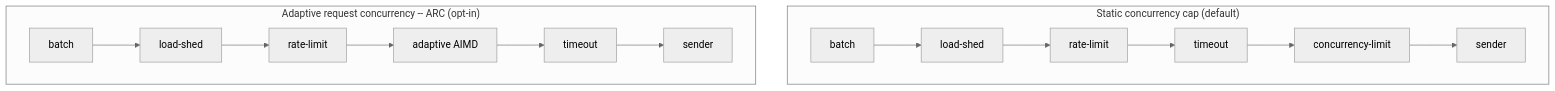
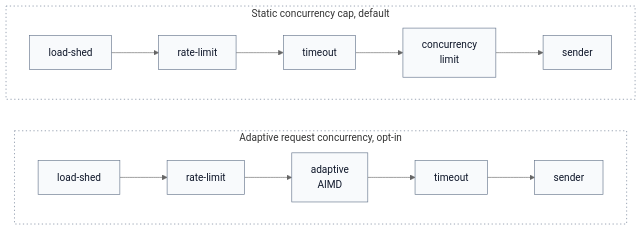
One commit to hyperi-io/scalo-rs changed the first of 2 diagrams in docs/pipeline/sink-stack.md. Above: the diagram before and after it, drawn with Mermaid (neutral theme). The commit also changed other lines of this file and 55 other files, not shown here.

First line of the commit message:
docs(scalo-rs): redraw every diagram and fix claims against code

````diff
--- a/docs/pipeline/sink-stack.md
+++ b/docs/pipeline/sink-stack.md
@@ -18,12 +16,19 @@
 ```mermaid
 flowchart TB
-    subgraph S["Static concurrency cap (default)"]
+    accTitle: L4 Detail -- Sink stack layer order
+    accDescr: Under the static concurrency cap an attempt passes load-shed, rate-limit, timeout and the concurrency limit before the sender. Under adaptive request concurrency it passes load-shed, rate-limit, the adaptive AIMD limiter and the timeout before the sender.
+
+    subgraph fixed["Static concurrency cap, default"]
         direction LR
-        sb["batch"] --> sls["load-shed"] --> srl["rate-limit"] --> sto["timeout"] --> scl["concurrency-limit"] --> ssnd["sender"]
+        f_shed["load-shed"] --> f_rate["rate-limit"] --> f_timeout["timeout"] --> f_limit["concurrency<br/>limit"] --> f_sender["sender"]
     end
+    subgraph arc["Adaptive request concurrency, opt-in"]
+        direction LR
+        a_shed["load-shed"] --> a_rate["rate-limit"] --> a_aimd["adaptive<br/>AIMD"] --> a_timeout["timeout"] --> a_sender["sender"]
+    end
+    fixed ~~~ arc
 
-    subgraph A["Adaptive request concurrency -- ARC (opt-in)"]
-        direction LR
-        ab["batch"] --> als["load-shed"] --> arl["rate-limit"] --> aad["adaptive AIMD"] --> ato["timeout"] --> asnd["sender"]
-    end
+    classDef default fill:#F8FAFC,stroke:#64748B,stroke-width:1px,color:#0F172A
+    classDef group fill:none,stroke:#64748B,stroke-width:1px,stroke-dasharray:2 4
+    class fixed,arc group
 ```
````
